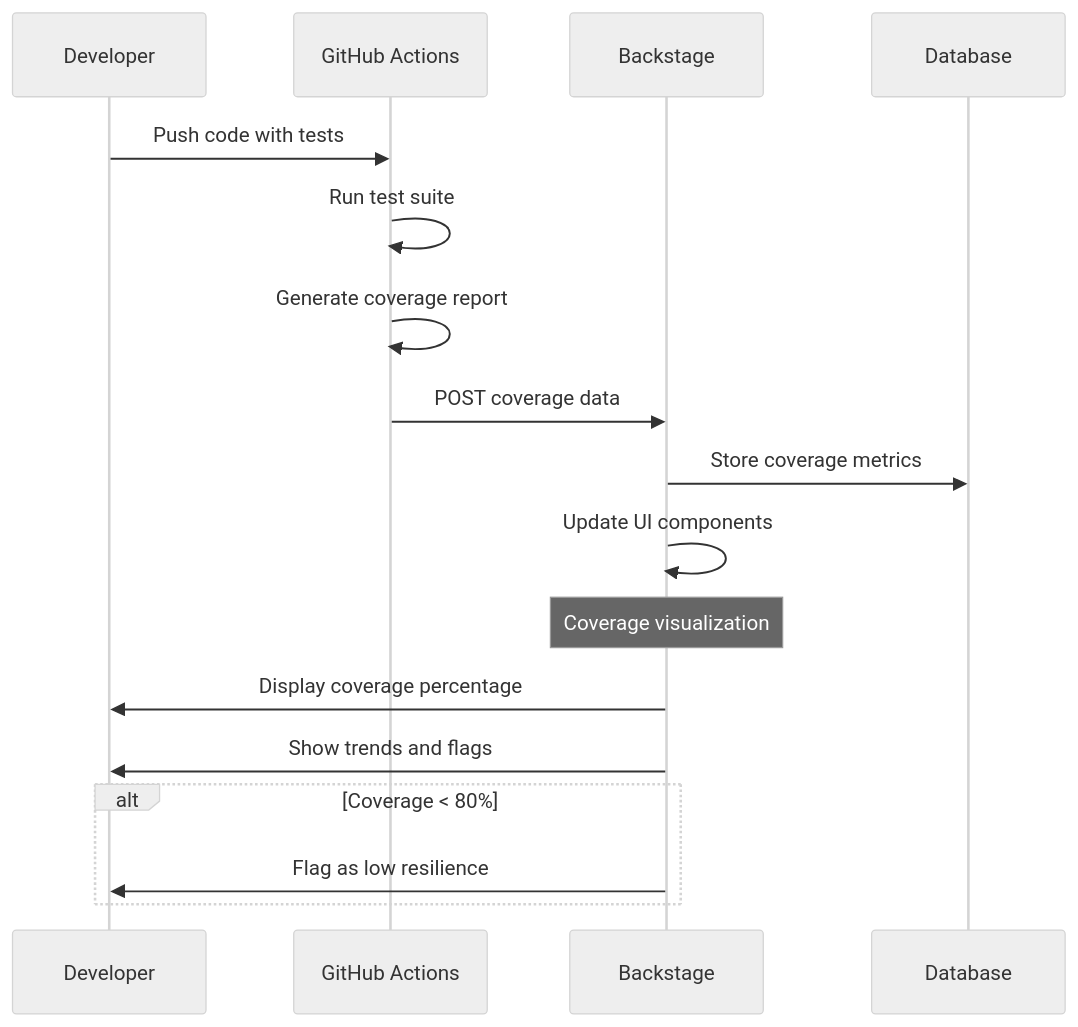
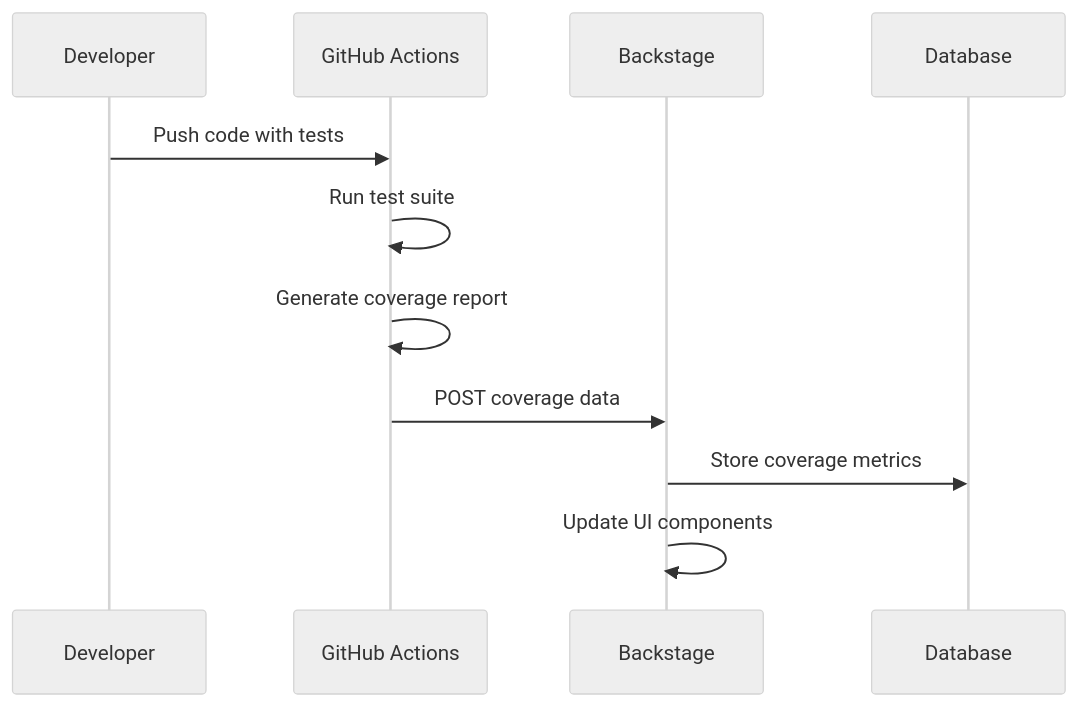
One commit to luis-cognizant/backstage-guide changed the fifth of 11 diagrams in docs/diagrams.md. Above: the diagram before and after it, drawn with Mermaid (neutral theme). The commit also changed other lines of this file and 3 other files, not shown here.

Commit message:
Fixed mermaid issues

````diff
--- a/docs/diagrams.md
+++ b/docs/diagrams.md
@@ -133,22 +133,14 @@
 ```mermaid
 sequenceDiagram
     participant Dev as Developer
     participant GH as GitHub Actions
     participant B as Backstage
     participant DB as Database
     
     Dev->>GH: Push code with tests
     GH->>GH: Run test suite
     GH->>GH: Generate coverage report
     GH->>B: POST coverage data
     B->>DB: Store coverage metrics
     B->>B: Update UI components
-    
-    Note over B: Coverage visualization
-    B->>Dev: Display coverage percentage
-    B->>Dev: Show trends and flags
-    
-    alt Coverage < 80%
-        B->>Dev: Flag as low resilience
-    end
 ```
````
